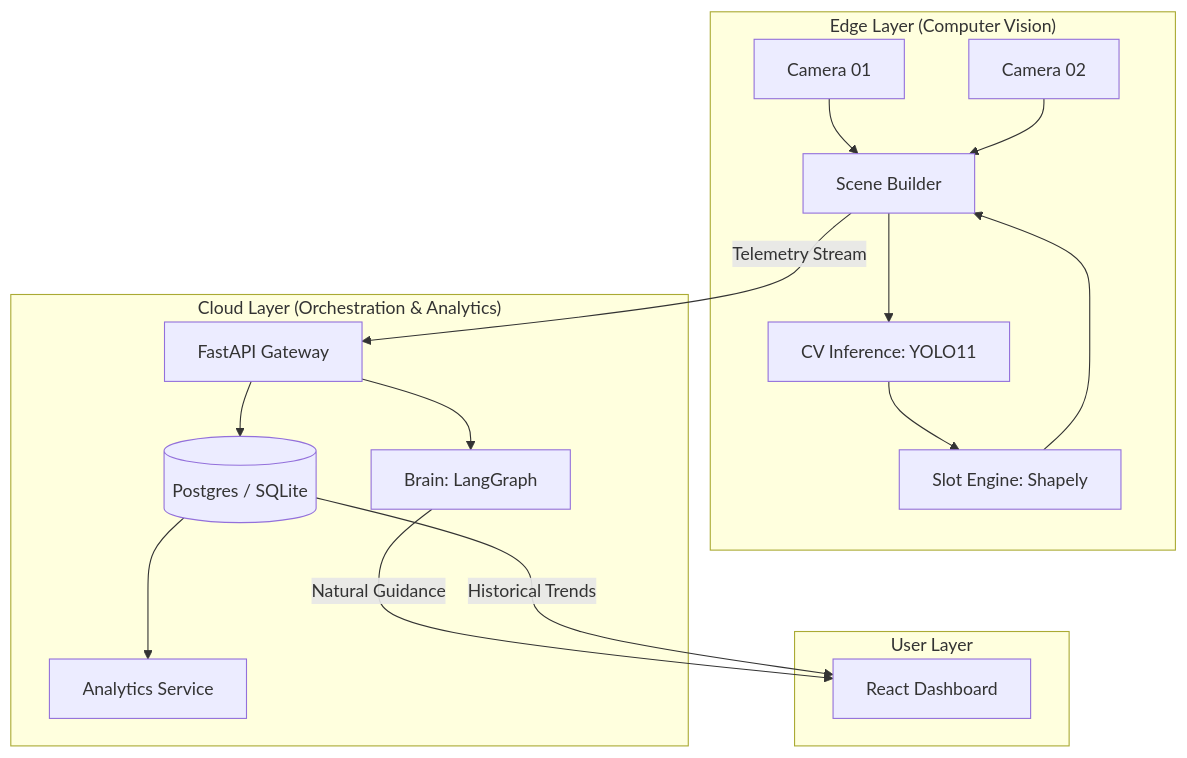
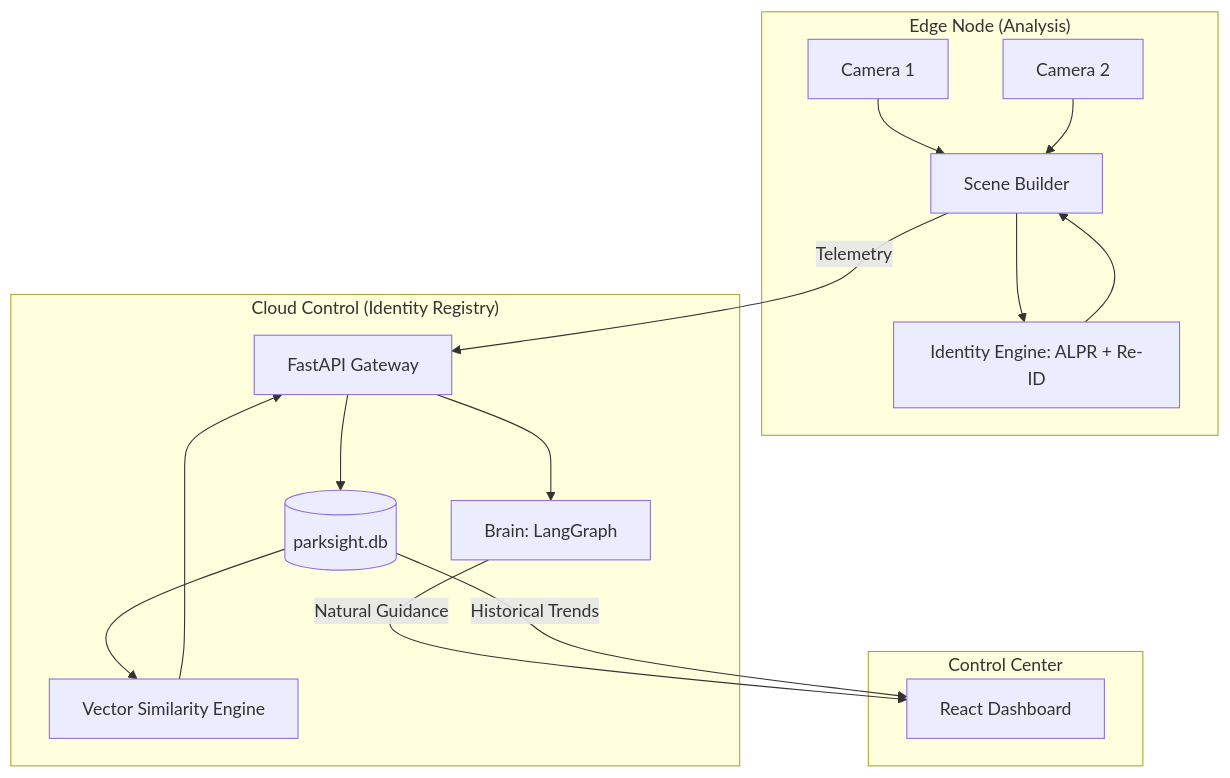
The first of 2 diagrams in README.md (pranaya-mathur/ParkSight), drawn with Mermaid before and after one commit. The commit also changed other lines of this file and 1 other file, not shown here.

````diff
--- a/README.md
+++ b/README.md
@@ -16,22 +16,22 @@
 ```mermaid
 graph TD
-    subgraph Edge ["Edge Layer (Computer Vision)"]
-        Cam1[Camera 01] --> SB[Scene Builder]
-        Cam2[Camera 02] --> SB
-        SB --> CV[CV Inference: YOLO11]
-        CV --> SE[Slot Engine: Shapely]
-        SE --> SB
+    subgraph Edge ["Edge Node (Analysis)"]
+        Cam1[Camera 1] --> SB[Scene Builder]
+        Cam2[Camera 2] --> SB
+        SB --> IE[Identity Engine: ALPR + Re-ID]
+        IE --> SB
     end
 
-    subgraph Cloud ["Cloud Layer (Orchestration & Analytics)"]
-        SB -- Telemetry Stream --> API[FastAPI Gateway]
-        API --> DB[(Postgres / SQLite)]
-        DB --> AS[Analytics Service]
+    subgraph Cloud ["Cloud Control (Identity Registry)"]
+        SB -- Telemetry --> API[FastAPI Gateway]
+        API --> DB[(parksight.db)]
+        DB --> VS[Vector Similarity Engine]
+        VS --> API
         API --> BR[Brain: LangGraph]
     end
 
-    subgraph Frontend ["User Layer"]
+    subgraph Frontend ["Control Center"]
         BR -- Natural Guidance --> UI[React Dashboard]
         DB -- Historical Trends --> UI
     end
 ```
````
